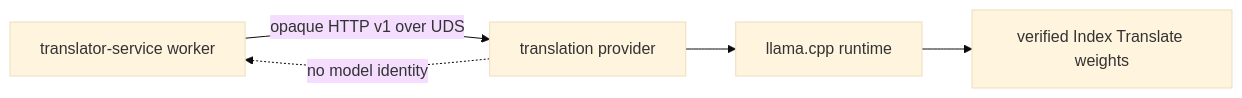
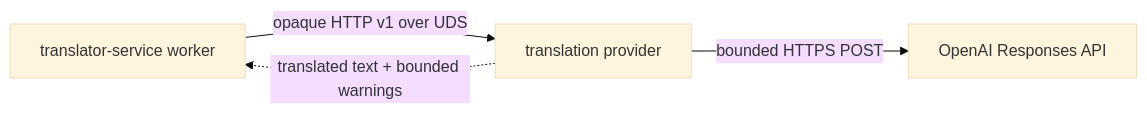
The diagram in README.md (sapogov1978/AELEV-translation-provider), drawn with Mermaid (base theme) before and after one commit. The commit also changed other lines of this file and 30 other files, not shown here.

Commit message:
Replace standalone translation with OpenAI Responses API

````diff
--- a/README.md
+++ b/README.md
@@ -13,7 +15,6 @@
 ```mermaid
 flowchart LR
     T[translator-service worker] -->|opaque HTTP v1 over UDS| P[translation provider]
-    P --> R[llama.cpp runtime]
-    R --> M[verified Index Translate weights]
-    P -. no model identity .-> T
+    P -->|bounded HTTPS POST| O[OpenAI Responses API]
+    P -. translated text + bounded warnings .-> T
 ```
````
